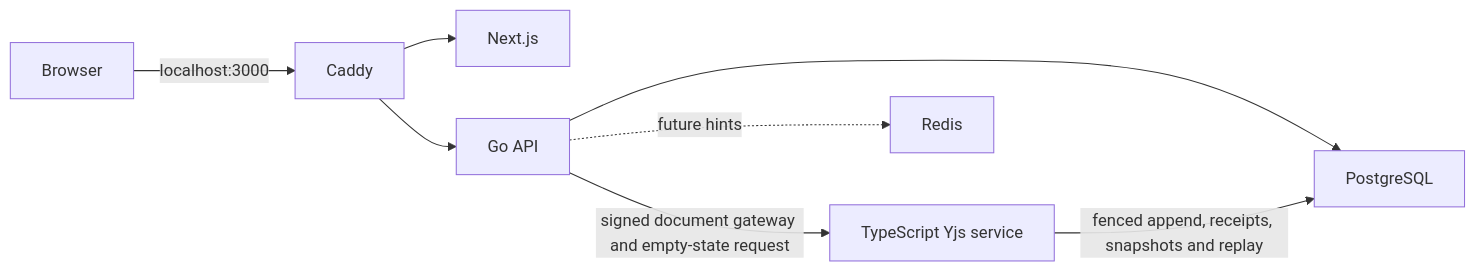
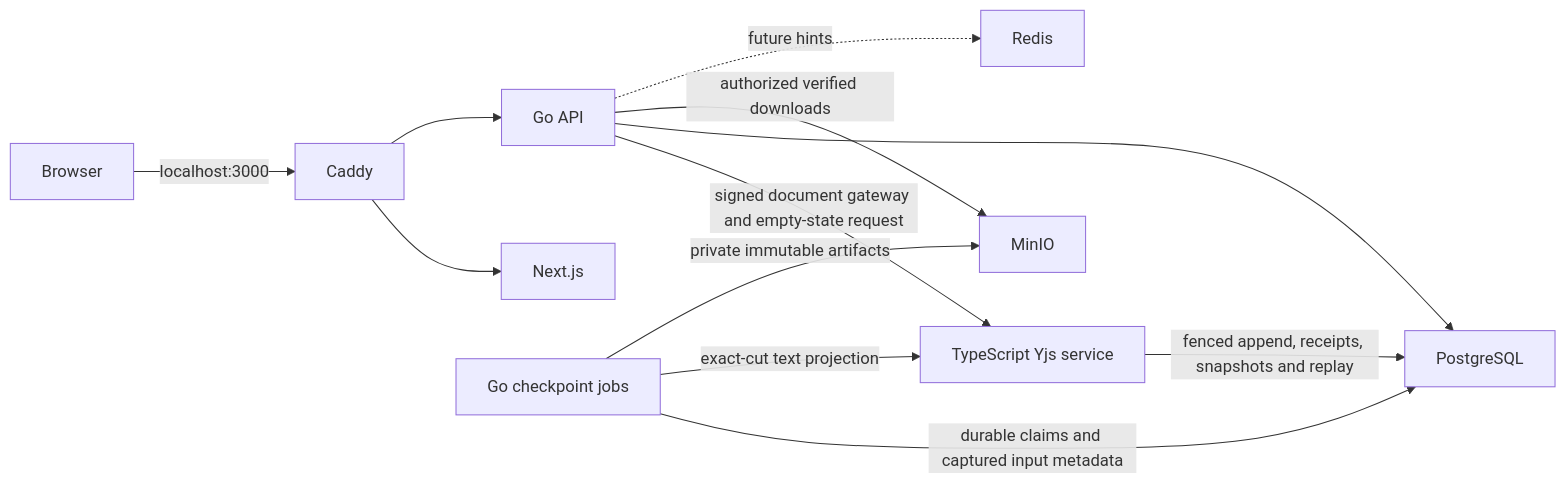
One commit to pentest200/Collaborative-Code-Editor changed the diagram in docs/architecture.md. Above: the diagram before and after it, drawn with Mermaid. The commit also changed other lines of this file and 36 other files, not shown here.

````diff
--- a/docs/architecture.md
+++ b/docs/architecture.md
@@ -11,10 +11,14 @@
 ```mermaid
 flowchart LR
   Browser -->|localhost:3000| Edge[Caddy]
   Edge --> Web[Next.js]
   Edge --> API[Go API]
   API -->|signed document gateway and empty-state request| Collab[TypeScript Yjs service]
   API --> PostgreSQL
   Collab -->|fenced append, receipts, snapshots and replay| PostgreSQL
+  Jobs[Go checkpoint jobs] -->|durable claims and captured input metadata| PostgreSQL
+  Jobs -->|exact-cut text projection| Collab
+  Jobs -->|private immutable artifacts| MinIO
+  API -->|authorized verified downloads| MinIO
   API -. future hints .-> Redis
 ```
````
